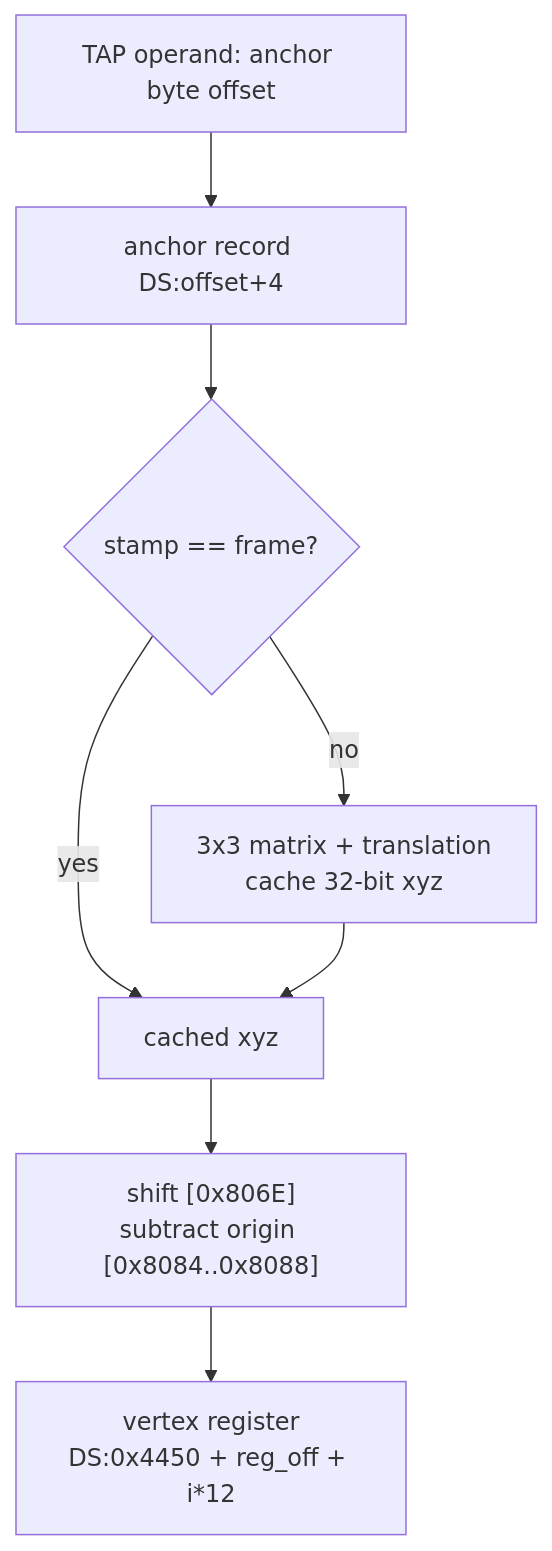
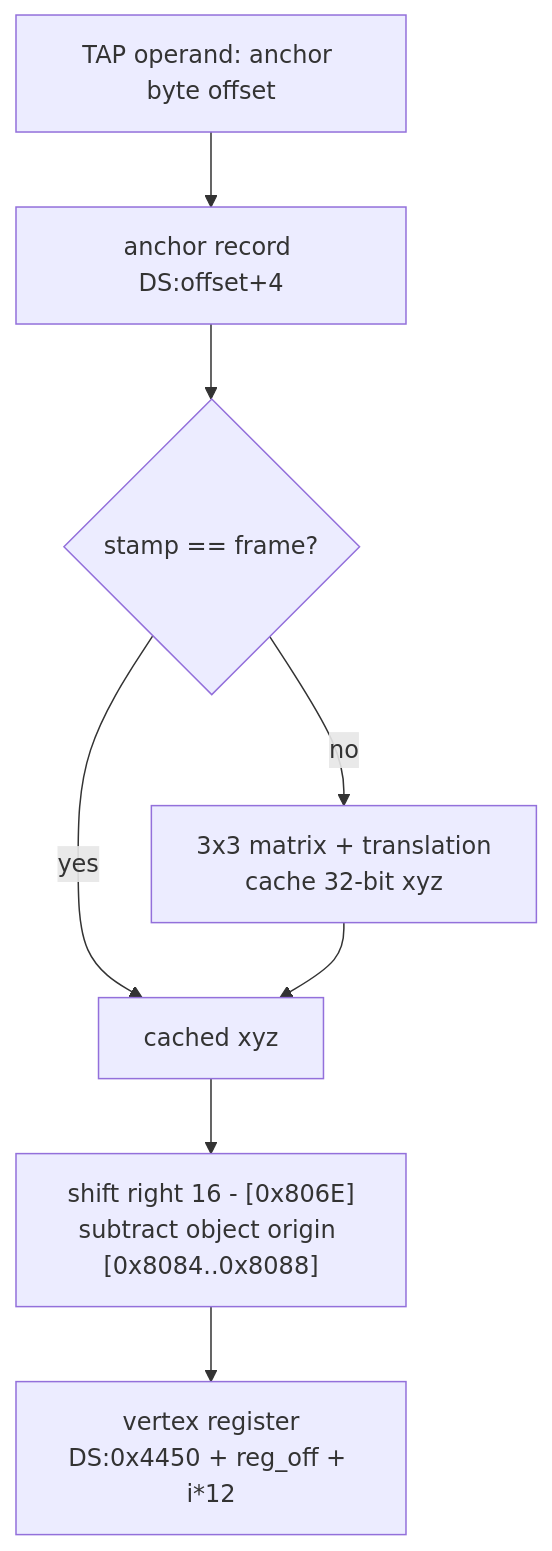
The second of 2 diagrams in research/playone-exe/sod-vm.md (neilsh/stunt-reel), drawn with Mermaid before and after one commit. The commit also changed other lines of this file and 14 other files, not shown here.

````diff
--- a/research/playone-exe/sod-vm.md
+++ b/research/playone-exe/sod-vm.md
@@ -124,10 +126,10 @@
 ```mermaid
 flowchart TD
     A["TAP operand: anchor byte offset"] --> B["anchor record DS:offset+4"]
     B --> C{"stamp == frame?"}
     C -- no --> D["3x3 matrix + translation<br/>cache 32-bit xyz"]
     C -- yes --> E["cached xyz"]
     D --> E
-    E --> F["shift [0x806E]<br/>subtract origin [0x8084..0x8088]"]
+    E --> F["shift right 16 - [0x806E]<br/>subtract object origin [0x8084..0x8088]"]
     F --> G["vertex register<br/>DS:0x4450 + reg_off + i*12"]
 ```
````
